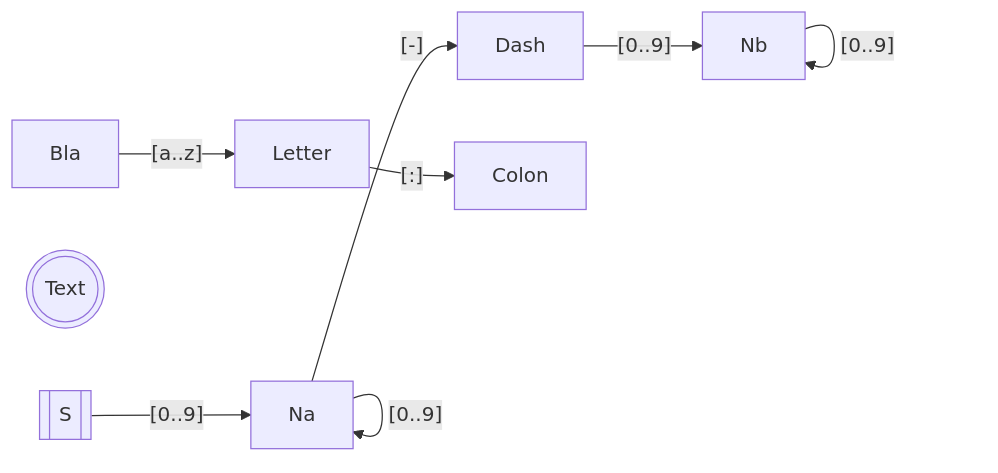
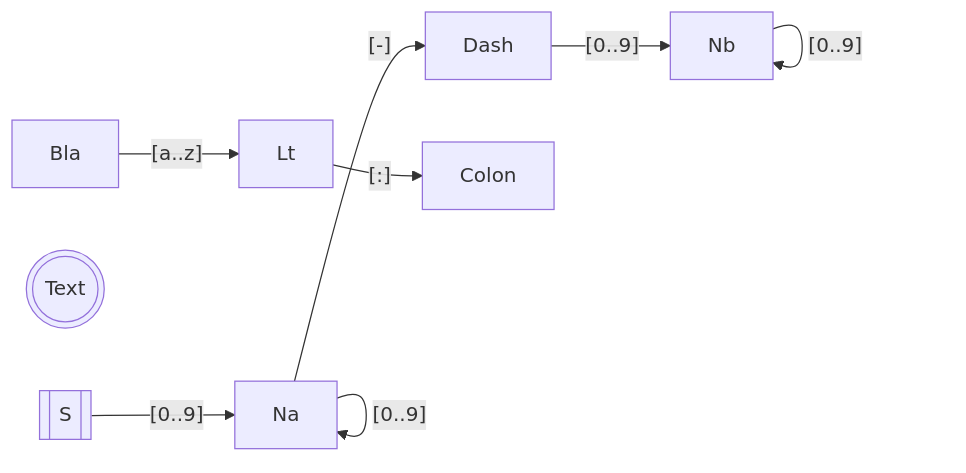
One commit to jepoen/screencasts changed the second of 2 diagrams in rust/adventofcode-2020/day02/README.md. Above: the diagram before and after it, drawn with Mermaid.

Commit message:
test mermaid

```diff
--- a/rust/adventofcode-2020/day02/README.md
+++ b/rust/adventofcode-2020/day02/README.md
@@ -45,13 +45,13 @@
 ~~~mermaid
 flowchart LR;
 S[[S]];
 Text(((Text)));
 
 S-->|"[0..9]"|Na;
 Na-->|"[0..9]"|Na;
 Na-->|"[-]"|Dash;
 Dash-->|"[0..9]"|Nb;
 Nb-->|"[0..9]"|Nb;
-Bla-->|"[a..z]"|Letter;
-Letter-->|"[:]"|Colon;
+Bla-->|"[a..z]"|Lt;
+Lt-->|"[:]"|Colon;
 ~~~
```
